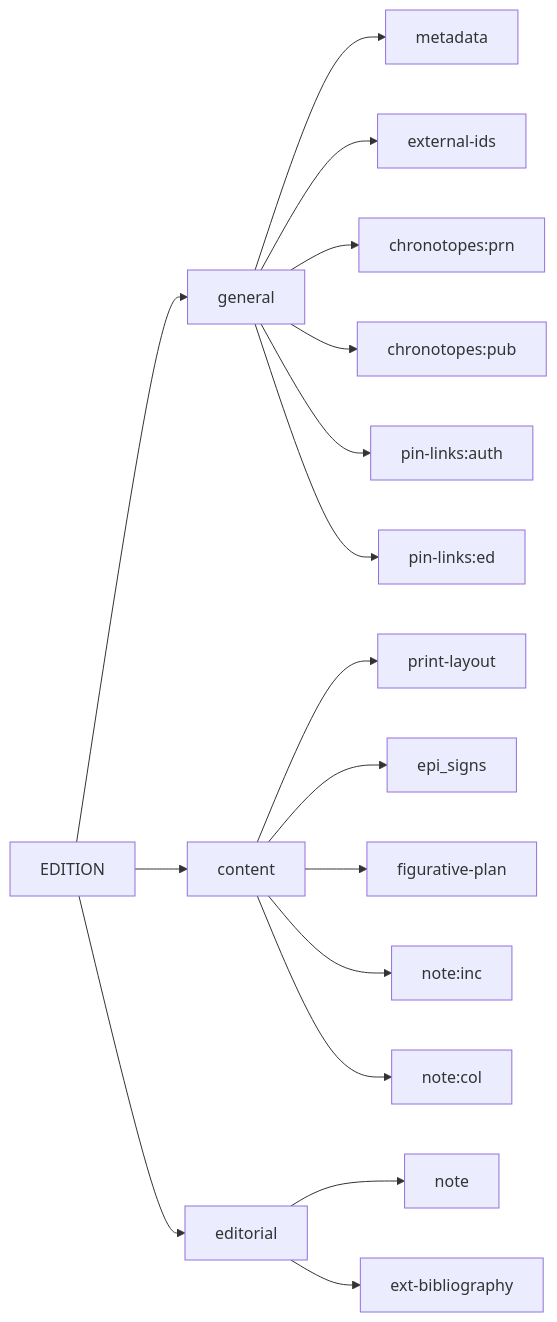
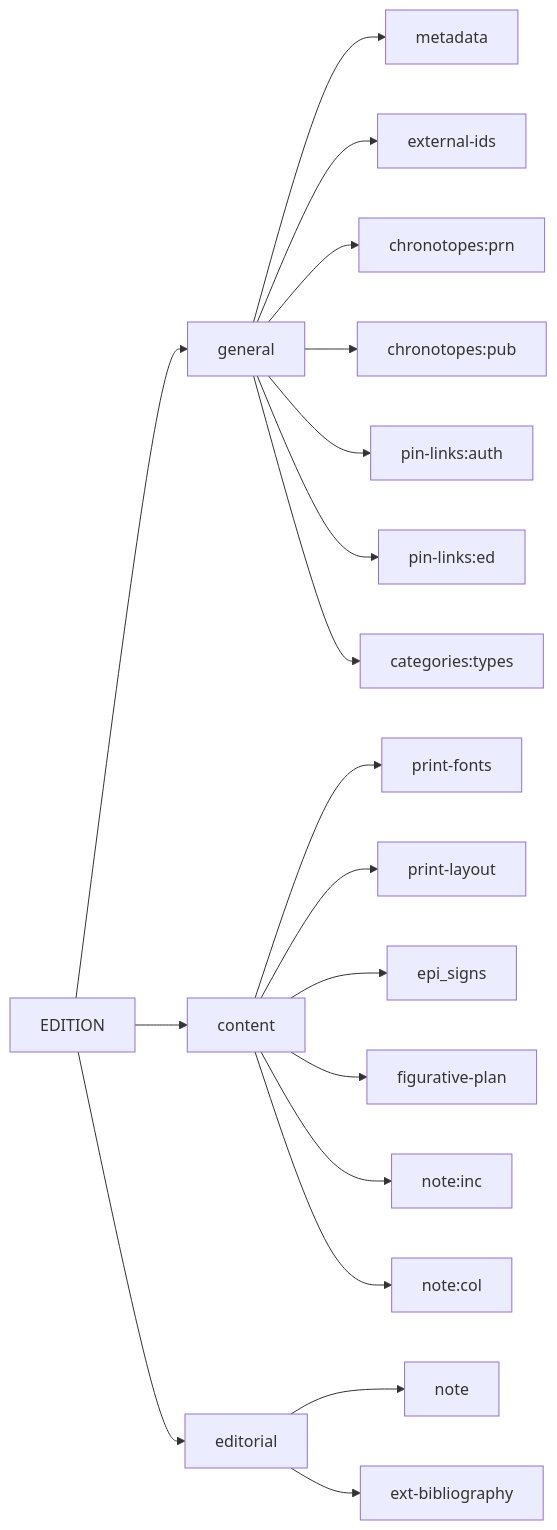
The first of 2 diagrams in README.md (vedph/cadmus-ndp-books), drawn with Mermaid before and after one commit. The commit also changed other lines of this file, not shown here.

````diff
--- a/README.md
+++ b/README.md
@@ -16,20 +16,22 @@
 ```mermaid
 graph LR;
 
 EDITION --> general
 general --> metadata
 general --> external-ids
 general --> chronotopes:prn
 general --> chronotopes:pub
 general --> pin-links:auth
 general --> pin-links:ed
+general --> categories:types
 EDITION --> content
+content --> print-fonts
 content --> print-layout
 content --> epi_signs
 content --> figurative-plan
 content --> note:inc
 content --> note:col
 EDITION --> editorial
 editorial --> note
 editorial --> ext-bibliography
 ```
````
